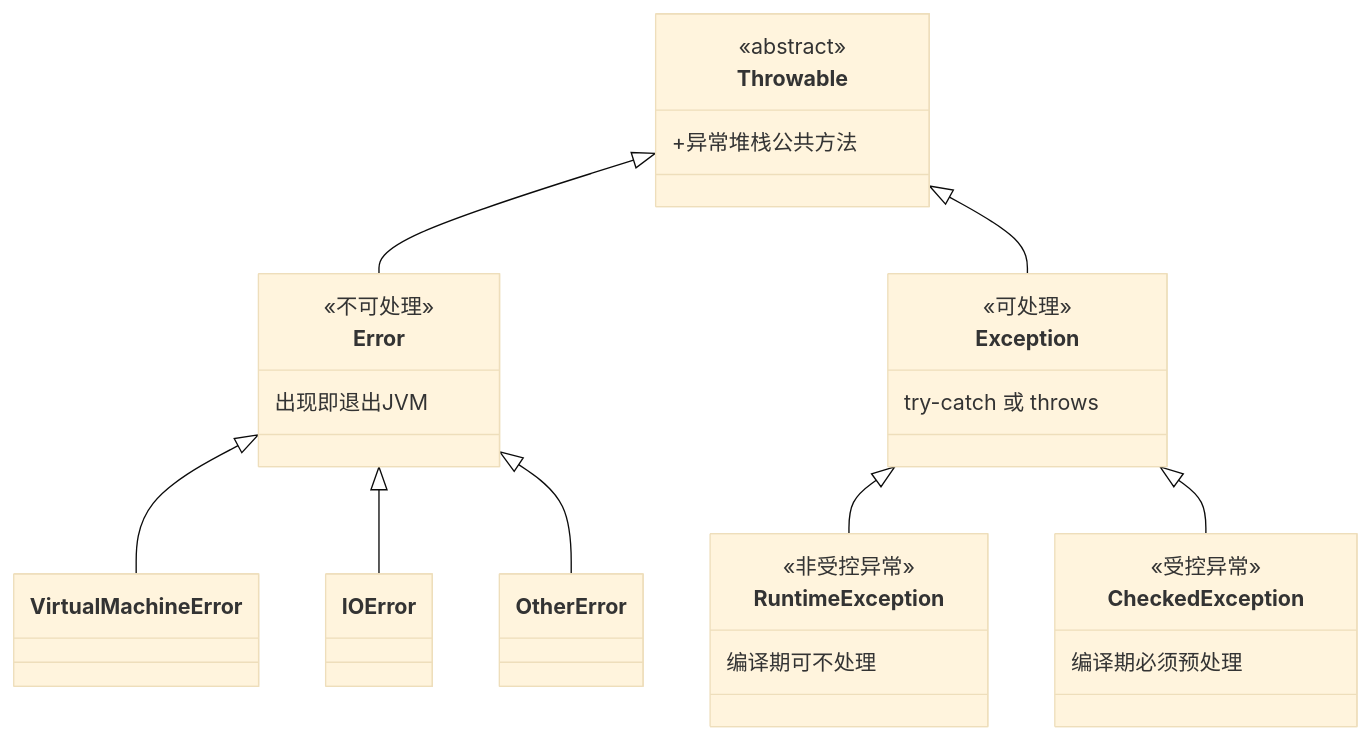
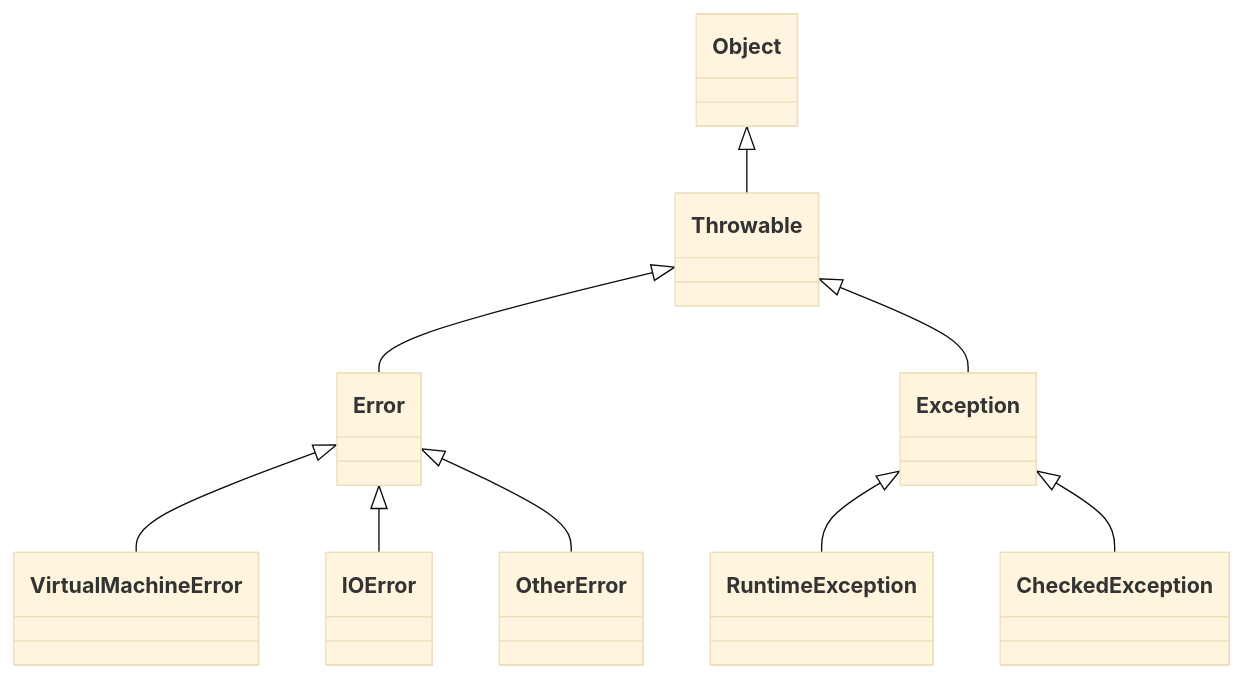
The diagram in Java 学习五 ：异常处理.md (Blackcrispy/Notes_vault), drawn with Mermaid (base theme) before and after one commit.

Commit message:
vault backup: 2026-08-03 16:27:25

````diff
--- a/Java 学习五 ：异常处理.md
+++ b/Java 学习五 ：异常处理.md
@@ -39,38 +39,14 @@
 ```mermaid
 classDiagram
+    Object <|-- Throwable
+    
     Throwable <|-- Error
     Throwable <|-- Exception
     
     Error <|-- VirtualMachineError
     Error <|-- IOError
     Error <|-- OtherError
     
     Exception <|-- RuntimeException
     Exception <|-- CheckedException
-    
-    class Throwable {
-        <<abstract>>
-        +异常堆栈公共方法
-    }
-    
-    class Error {
-        <<不可处理>>
-        出现即退出JVM
-    }
-    
-    class Exception {
-        <<可处理>>
-        try-catch 或 throws
-    }
-    
-    class RuntimeException {
-        <<非受控异常>>
-        编译期可不处理
-    }
-    
-    class CheckedException {
-        <<受控异常>>
-        编译期必须预处理
-    }
-    
 ```
````
